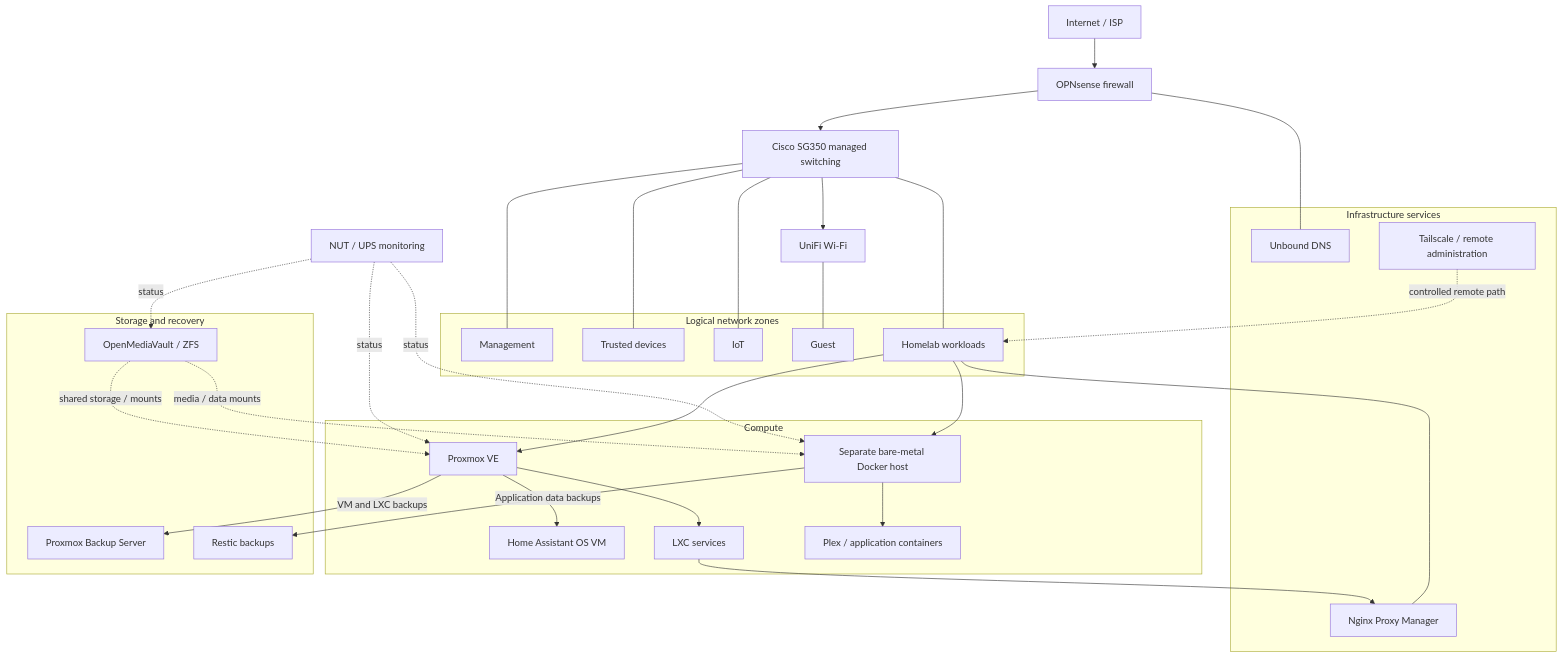
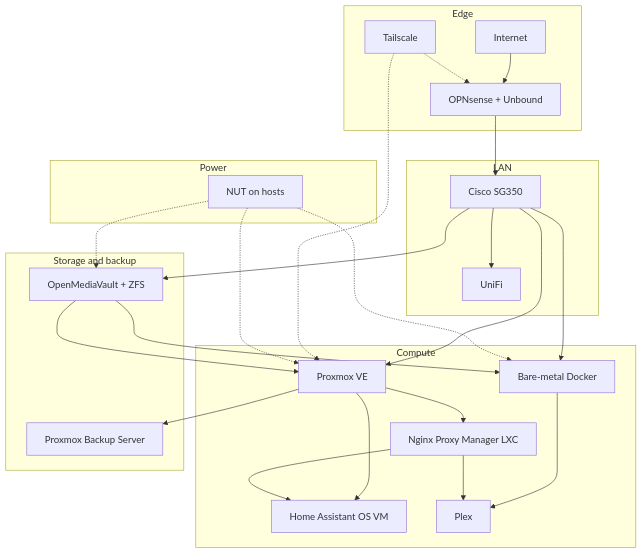
The diagram in homelab/architecture.md (Kochilin/infrastructure-projects), drawn with Mermaid before and after one commit. The commit also changed other lines of this file and 4 other files, not shown here.

````diff
--- a/homelab/architecture.md
+++ b/homelab/architecture.md
@@ -5,57 +5,50 @@
 ```mermaid
 flowchart TB
-  NET[Internet / ISP] --> FW[OPNsense firewall]
-  FW --> SW[Cisco SG350 managed switching]
-  SW --> AP[UniFi Wi-Fi]
-
-  subgraph zones [Logical network zones]
-    MGMT[Management]
-    TRUST[Trusted devices]
-    IOT[IoT]
-    GUEST[Guest]
-    LAB[Homelab workloads]
+  subgraph edge [Edge]
+    WAN[Internet]
+    FW[OPNsense + Unbound]
+    TS[Tailscale]
   end
 
-  SW --- MGMT
-  SW --- TRUST
-  SW --- IOT
-  AP --- GUEST
-  SW --- LAB
-
-  subgraph infra [Infrastructure services]
-    UB[Unbound DNS]
-    TS[Tailscale / remote administration]
-    NPM[Nginx Proxy Manager]
+  subgraph lan [LAN]
+    SW[Cisco SG350]
+    WIFI[UniFi]
   end
-  FW --- UB
-  LAB --- NPM
-  TS -. controlled remote path .-> LAB
 
   subgraph compute [Compute]
     PVE[Proxmox VE]
-    HA[Home Assistant OS VM]
-    LX[LXC services]
-    DOCKER[Separate bare-metal Docker host]
-    PLEX[Plex / application containers]
+    HAVM[Home Assistant OS VM]
+    NPMLXC[Nginx Proxy Manager LXC]
+    DOCKER[Bare-metal Docker]
+    PLEX[Plex]
   end
-  LAB --> PVE
-  LAB --> DOCKER
-  PVE --> HA
-  PVE --> LX
-  LX --> NPM
+
+  subgraph storage [Storage and backup]
+    OMV[OpenMediaVault + ZFS]
+    PBS[Proxmox Backup Server]
+  end
+
+  subgraph power [Power]
+    NUT[NUT on hosts]
+  end
+
+  WAN --> FW
+  FW --> SW
+  SW --> WIFI
+  SW --> PVE
+  SW --> DOCKER
+  SW --> OMV
+  TS -.-> FW
+  TS -.-> PVE
+  PVE --> HAVM
+  PVE --> NPMLXC
+  PVE --> PBS
   DOCKER --> PLEX
-
-  subgraph recovery [Storage and recovery]
-    OMV[OpenMediaVault / ZFS]
-    PBS[Proxmox Backup Server]
-    RESTIC[Restic backups]
-  end
-  PVE -->|VM and LXC backups| PBS
-  DOCKER -->|Application data backups| RESTIC
-  OMV -. shared storage / mounts .-> PVE
-  OMV -. media / data mounts .-> DOCKER
-
-  UPS[NUT / UPS monitoring] -. status .-> PVE
-  UPS -. status .-> DOCKER
-  UPS -. status .-> OMV
+  OMV --> PVE
+  OMV --> DOCKER
+  NPMLXC --> HAVM
+  NPMLXC --> PLEX
+  NUT -.-> PVE
+  NUT -.-> DOCKER
+  NUT -.-> OMV
 ```
````
